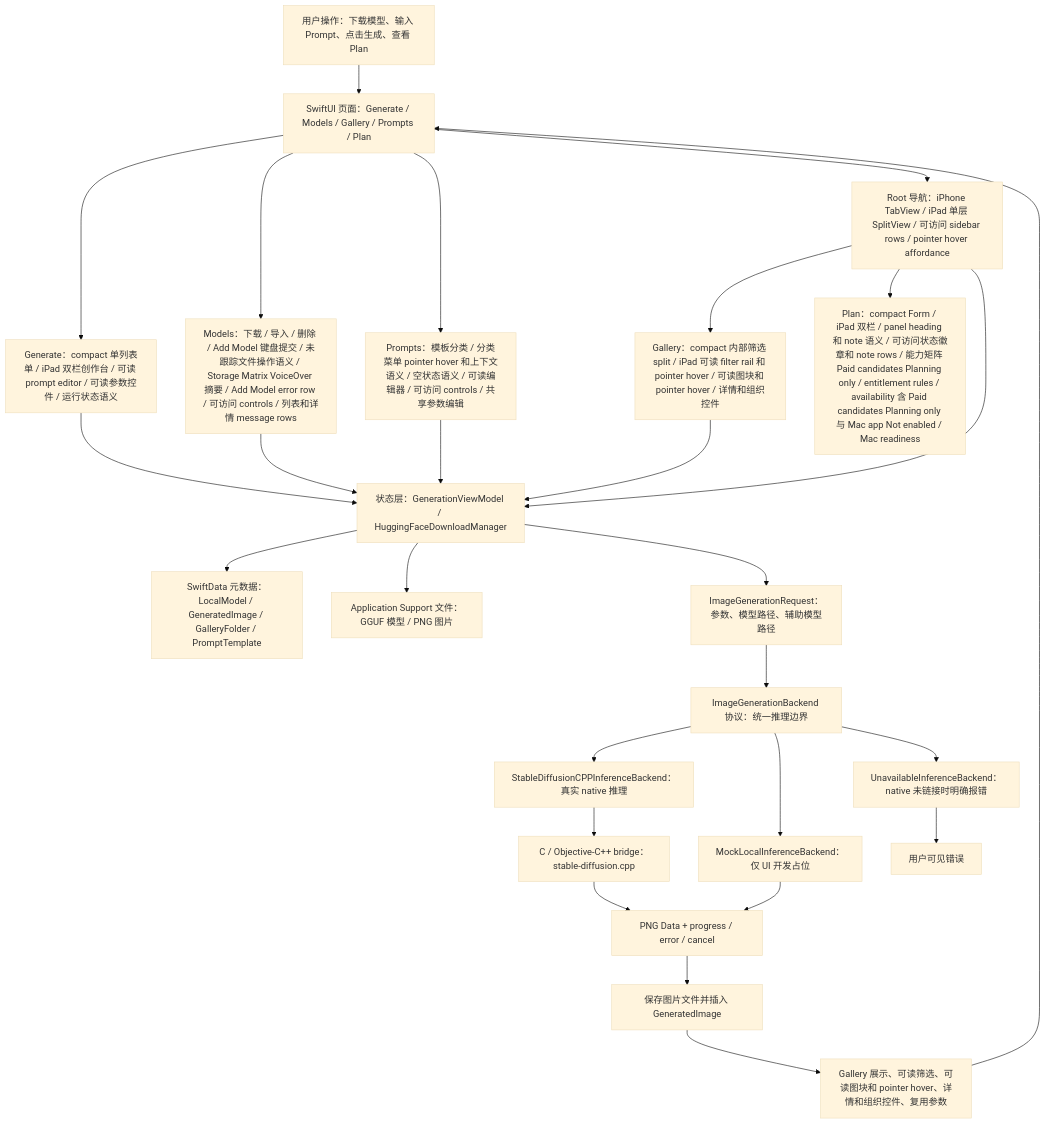
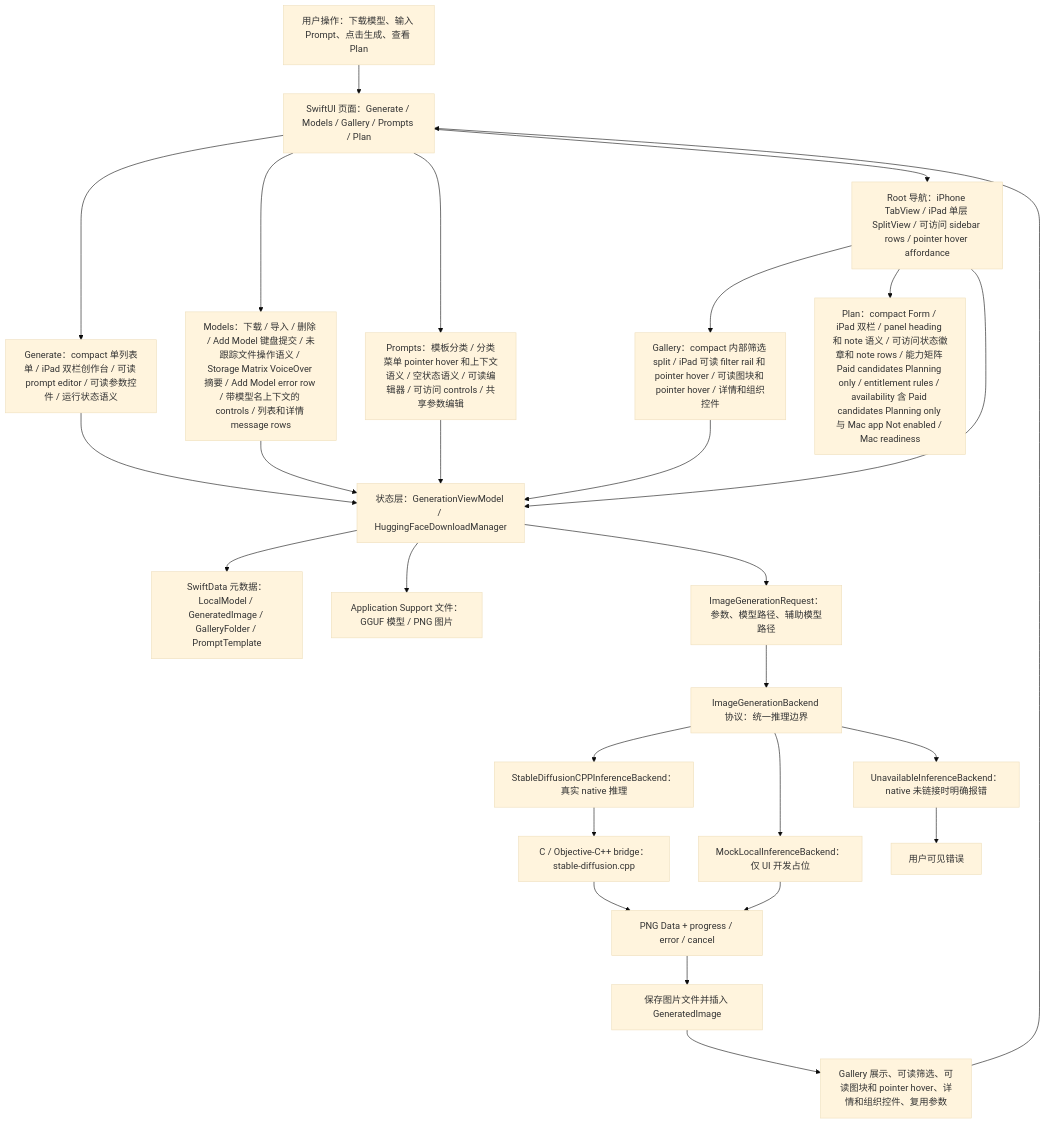
Before and after one commit to Altman-sam114/118: the first of 7 diagrams in md/flow/flowchart.md, drawn with Mermaid (base theme). The commit also changed other lines of this file and 5 other files, not shown here.

````diff
--- a/md/flow/flowchart.md
+++ b/md/flow/flowchart.md
@@ -9,29 +9,29 @@
 ```mermaid
 flowchart TD
   U["用户操作：下载模型、输入 Prompt、点击生成、查看 Plan"] --> UI["SwiftUI 页面：Generate / Models / Gallery / Prompts / Plan"]
   UI --> GENUI["Generate：compact 单列表单 / iPad 双栏创作台 / 可读 prompt editor / 可读参数控件 / 运行状态语义"]
-  UI --> MODELUI["Models：下载 / 导入 / 删除 / Add Model 键盘提交 / 未跟踪文件操作语义 / Storage Matrix VoiceOver 摘要 / Add Model error row / 可访问 controls / 列表和详情 message rows"]
+  UI --> MODELUI["Models：下载 / 导入 / 删除 / Add Model 键盘提交 / 未跟踪文件操作语义 / Storage Matrix VoiceOver 摘要 / Add Model error row / 带模型名上下文的 controls / 列表和详情 message rows"]
   UI --> PROMPTUI["Prompts：模板分类 / 分类菜单 pointer hover 和上下文语义 / 空状态语义 / 可读编辑器 / 可访问 controls / 共享参数编辑"]
   UI --> NAV["Root 导航：iPhone TabView / iPad 单层 SplitView / 可访问 sidebar rows / pointer hover affordance"]
   NAV --> GALUI["Gallery：compact 内部筛选 split / iPad 可读 filter rail 和 pointer hover / 可读图块和 pointer hover / 详情和组织控件"]
   NAV --> PLANUI["Plan：compact Form / iPad 双栏 / panel heading 和 note 语义 / 可访问状态徽章和 note rows / 能力矩阵 Paid candidates Planning only / entitlement rules / availability 含 Paid candidates Planning only 与 Mac app Not enabled / Mac readiness"]
   NAV --> VM["状态层：GenerationViewModel / HuggingFaceDownloadManager"]
   GENUI --> VM
   MODELUI --> VM
   PROMPTUI --> VM
   GALUI --> VM
   VM --> SD["SwiftData 元数据：LocalModel / GeneratedImage / GalleryFolder / PromptTemplate"]
   VM --> FS["Application Support 文件：GGUF 模型 / PNG 图片"]
   VM --> REQ["ImageGenerationRequest：参数、模型路径、辅助模型路径"]
   REQ --> IFACE["ImageGenerationBackend 协议：统一推理边界"]
   IFACE --> NATIVE["StableDiffusionCPPInferenceBackend：真实 native 推理"]
   IFACE --> MOCK["MockLocalInferenceBackend：仅 UI 开发占位"]
   IFACE --> OFF["UnavailableInferenceBackend：native 未链接时明确报错"]
   NATIVE --> BRIDGE["C / Objective-C++ bridge：stable-diffusion.cpp"]
   BRIDGE --> PNG["PNG Data + progress / error / cancel"]
   MOCK --> PNG
   OFF --> ERR["用户可见错误"]
   PNG --> SAVE["保存图片文件并插入 GeneratedImage"]
   SAVE --> GALLERY["Gallery 展示、可读筛选、可读图块和 pointer hover、详情和组织控件、复用参数"]
   GALLERY --> UI
 ```
````
